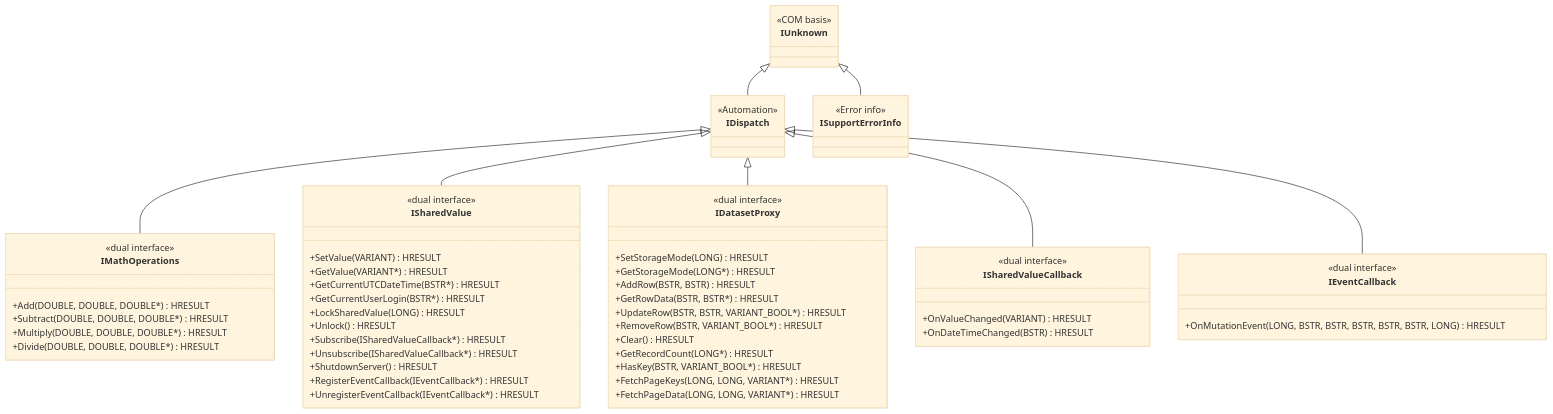
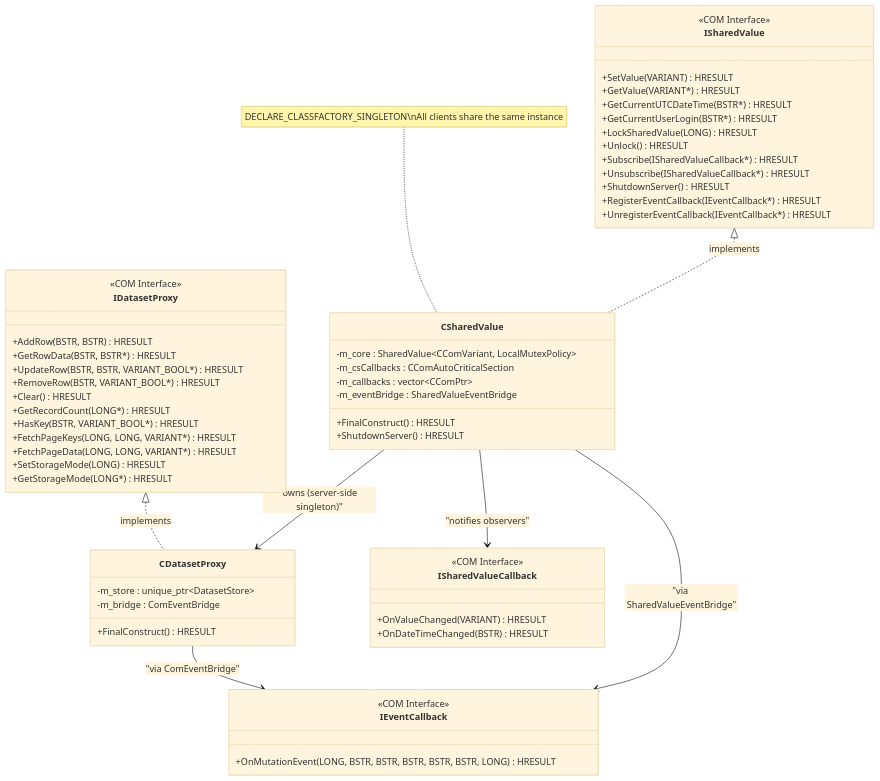
Before and after one commit to snodeplannen/sharedvar: the fourth of 20 diagrams in ATLProjectcomserverExe/ARCHITECTURE.md, drawn with Mermaid (base theme). The commit also changed other lines of this file and 90 other files, not shown here.

````diff
--- a/ATLProjectcomserverExe/ARCHITECTURE.md
+++ b/ATLProjectcomserverExe/ARCHITECTURE.md
@@ -425,71 +186,67 @@
 ```mermaid
 classDiagram
-    class IUnknown {
-        <<COM basis>>
-    }
-
-    class IDispatch {
-        <<Automation>>
-    }
-
-    class ISupportErrorInfo {
-        <<Error info>>
-    }
-
-    class IMathOperations {
-        <<dual interface>>
-        +Add(DOUBLE, DOUBLE, DOUBLE*) HRESULT
-        +Subtract(DOUBLE, DOUBLE, DOUBLE*) HRESULT
-        +Multiply(DOUBLE, DOUBLE, DOUBLE*) HRESULT
-        +Divide(DOUBLE, DOUBLE, DOUBLE*) HRESULT
-    }
-
     class ISharedValue {
-        <<dual interface>>
+        <<COM Interface>>
         +SetValue(VARIANT) HRESULT
         +GetValue(VARIANT*) HRESULT
         +GetCurrentUTCDateTime(BSTR*) HRESULT
         +GetCurrentUserLogin(BSTR*) HRESULT
         +LockSharedValue(LONG) HRESULT
         +Unlock() HRESULT
         +Subscribe(ISharedValueCallback*) HRESULT
         +Unsubscribe(ISharedValueCallback*) HRESULT
         +ShutdownServer() HRESULT
         +RegisterEventCallback(IEventCallback*) HRESULT
         +UnregisterEventCallback(IEventCallback*) HRESULT
     }
 
     class IDatasetProxy {
-        <<dual interface>>
-        +SetStorageMode(LONG) HRESULT
-        +GetStorageMode(LONG*) HRESULT
+        <<COM Interface>>
         +AddRow(BSTR, BSTR) HRESULT
         +GetRowData(BSTR, BSTR*) HRESULT
         +UpdateRow(BSTR, BSTR, VARIANT_BOOL*) HRESULT
         +RemoveRow(BSTR, VARIANT_BOOL*) HRESULT
         +Clear() HRESULT
         +GetRecordCount(LONG*) HRESULT
         +HasKey(BSTR, VARIANT_BOOL*) HRESULT
         +FetchPageKeys(LONG, LONG, VARIANT*) HRESULT
         +FetchPageData(LONG, LONG, VARIANT*) HRESULT
+        +SetStorageMode(LONG) HRESULT
+        +GetStorageMode(LONG*) HRESULT
     }
 
     class ISharedValueCallback {
-        <<dual interface>>
+        <<COM Interface>>
         +OnValueChanged(VARIANT) HRESULT
         +OnDateTimeChanged(BSTR) HRESULT
     }
 
     class IEventCallback {
-        <<dual interface>>
+        <<COM Interface>>
         +OnMutationEvent(LONG, BSTR, BSTR, BSTR, BSTR, BSTR, LONG) HRESULT
     }
 
-    IUnknown <|-- IDispatch
-    IUnknown <|-- ISupportErrorInfo
-    IDispatch <|-- IMathOperations
-    IDispatch <|-- ISharedValue
-    IDispatch <|-- IDatasetProxy
-    IDispatch <|-- ISharedValueCallback
-    IDispatch <|-- IEventCallback
+    class CSharedValue {
+        -m_core : SharedValue~CComVariant, LocalMutexPolicy~
+        -m_csCallbacks : CComAutoCriticalSection
+        -m_callbacks : vector~CComPtr~
+        -m_eventBridge : SharedValueEventBridge
+        +FinalConstruct() HRESULT
+        +ShutdownServer() HRESULT
+    }
+
+    class CDatasetProxy {
+        -m_store : unique_ptr~DatasetStore~
+        -m_bridge : ComEventBridge
+        +FinalConstruct() HRESULT
+    }
+
+    ISharedValue <|.. CSharedValue : implements
+    IDatasetProxy <|.. CDatasetProxy : implements
+    CSharedValue --> CDatasetProxy : "owns (server-side singleton)"
+    CSharedValue --> ISharedValueCallback : "notifies observers"
+    CSharedValue --> IEventCallback : "via SharedValueEventBridge"
+    CDatasetProxy --> IEventCallback : "via ComEventBridge"
+
+    note for CSharedValue "DECLARE_CLASSFACTORY_SINGLETON\nAll clients share the same instance"
 ```
````
